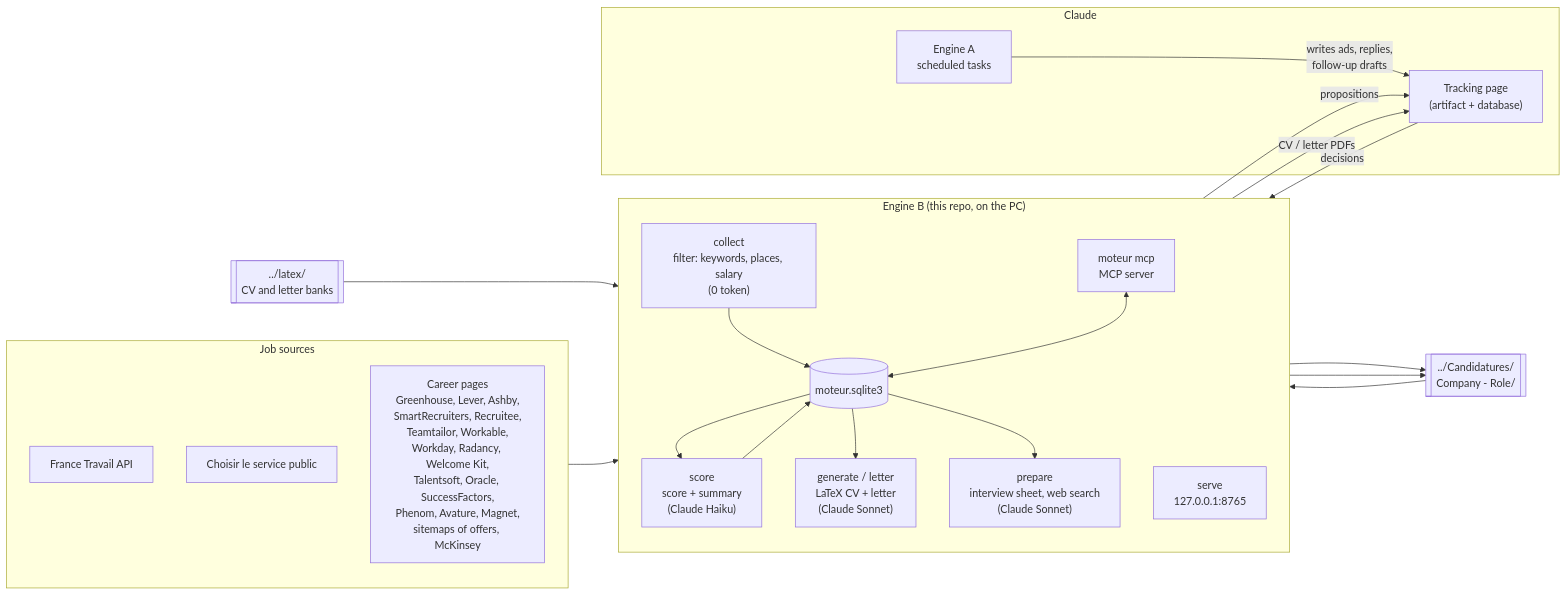
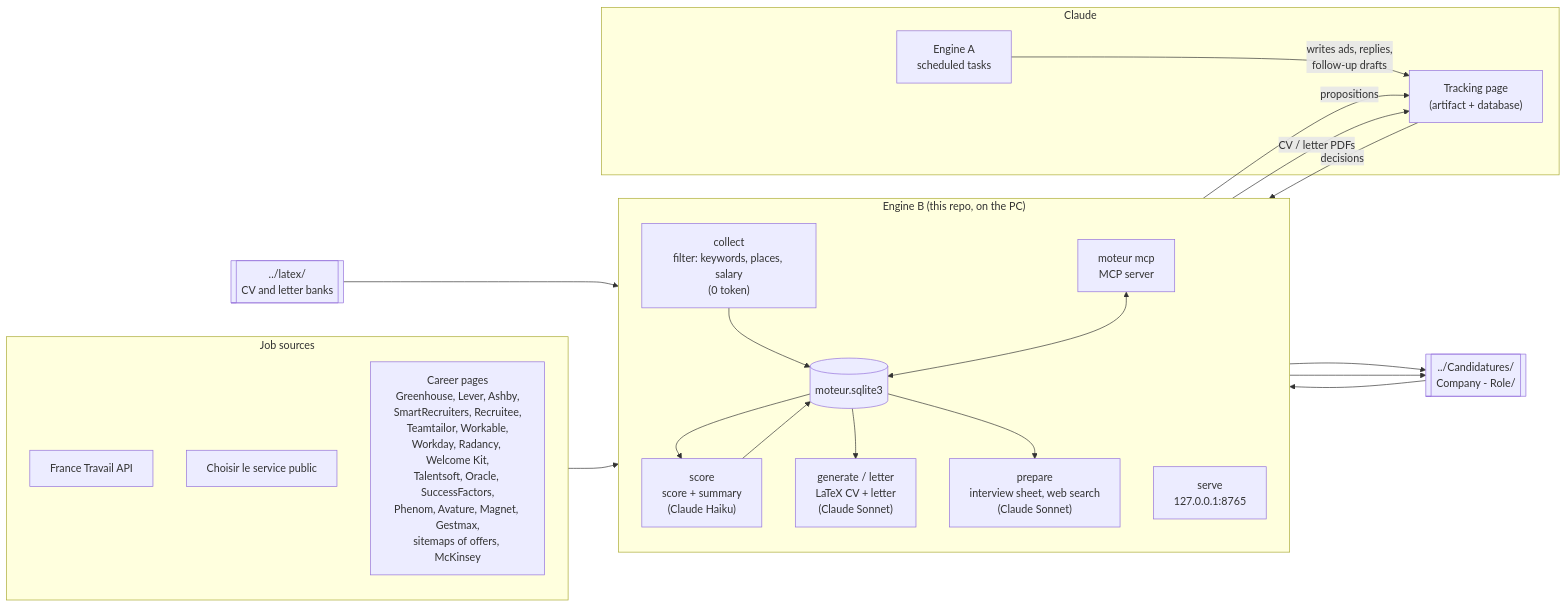
One commit to antoinebertoux/moteur-candidatures changed the first of 2 diagrams in README.md. Above: the diagram before and after it, drawn with Mermaid. The commit also changed other lines of this file and 9 other files, not shown here.

````diff
--- a/README.md
+++ b/README.md
@@ -19,41 +19,41 @@
 ```mermaid
 flowchart LR
     subgraph sources["Job sources"]
         FT["France Travail API"]
         SP["Choisir le service public"]
-        ATS["Career pages<br/>Greenhouse, Lever, Ashby,<br/>SmartRecruiters, Recruitee,<br/>Teamtailor, Workable,<br/>Workday, Radancy, Welcome Kit,<br/>Talentsoft, Oracle, SuccessFactors,<br/>Phenom, Avature, Magnet,<br/>sitemaps of offers, McKinsey"]
+        ATS["Career pages<br/>Greenhouse, Lever, Ashby,<br/>SmartRecruiters, Recruitee,<br/>Teamtailor, Workable,<br/>Workday, Radancy, Welcome Kit,<br/>Talentsoft, Oracle, SuccessFactors,<br/>Phenom, Avature, Magnet, Gestmax,<br/>sitemaps of offers, McKinsey"]
     end
 
     subgraph B["Engine B (this repo, on the PC)"]
         direction TB
         COL["collect<br/>filter: keywords, places, salary<br/>(0 token)"]
         DB[("moteur.sqlite3")]
         NOT["score<br/>score + summary<br/>(Claude Haiku)"]
         GEN["generate / letter<br/>LaTeX CV + letter<br/>(Claude Sonnet)"]
         PREP["prepare<br/>interview sheet, web search<br/>(Claude Sonnet)"]
         MCP["moteur mcp<br/>MCP server"]
         SRV["serve<br/>127.0.0.1:8765"]
         COL --> DB --> NOT --> DB
         DB --> GEN
         DB --> PREP
         MCP <--> DB
     end
 
     subgraph claude["Claude"]
         PAGE["Tracking page<br/>(artifact + database)"]
         A["Engine A<br/>scheduled tasks"]
     end
 
     LATEX[["../latex/<br/>CV and letter banks"]]
     OUT[["../Candidatures/<br/>Company - Role/"]]
 
     sources --> COL
     LATEX --> GEN
     GEN --> OUT
     PREP --> OUT
     MCP -- "propositions" --> PAGE
     PAGE -- "decisions" --> MCP
     A -- "writes ads, replies,<br/>follow-up drafts" --> PAGE
     SRV -- "CV / letter PDFs" --> PAGE
     OUT --> SRV
 ```
````
